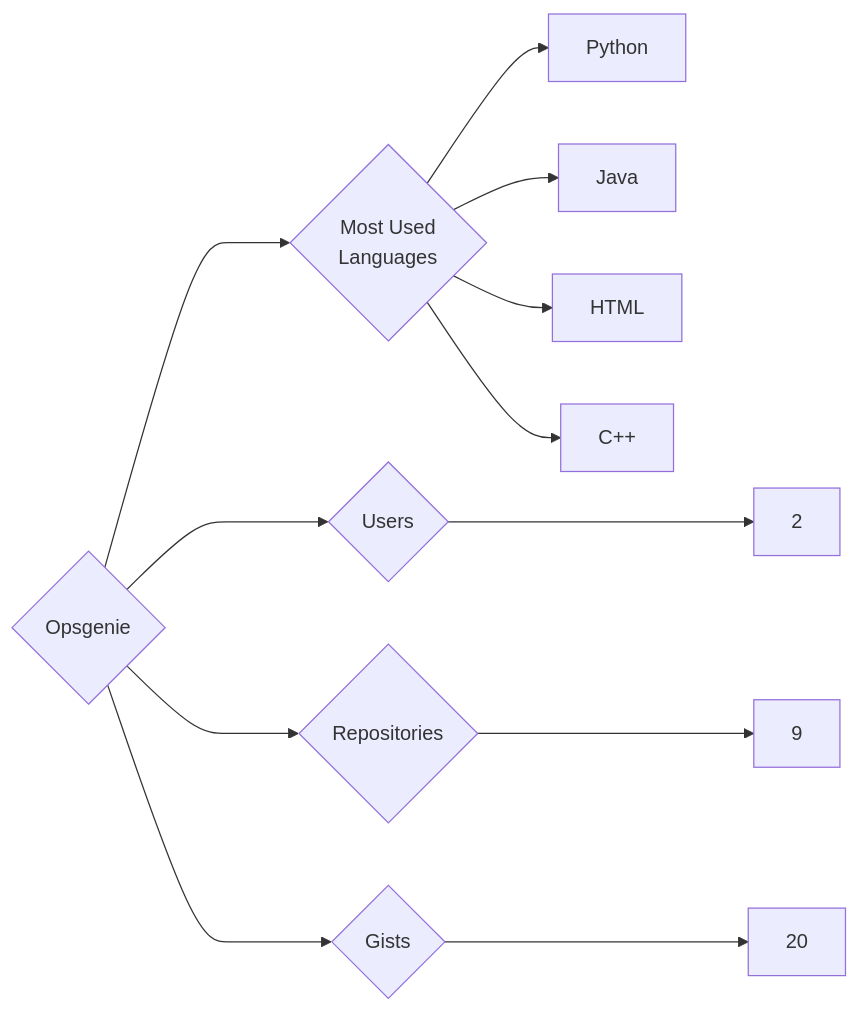
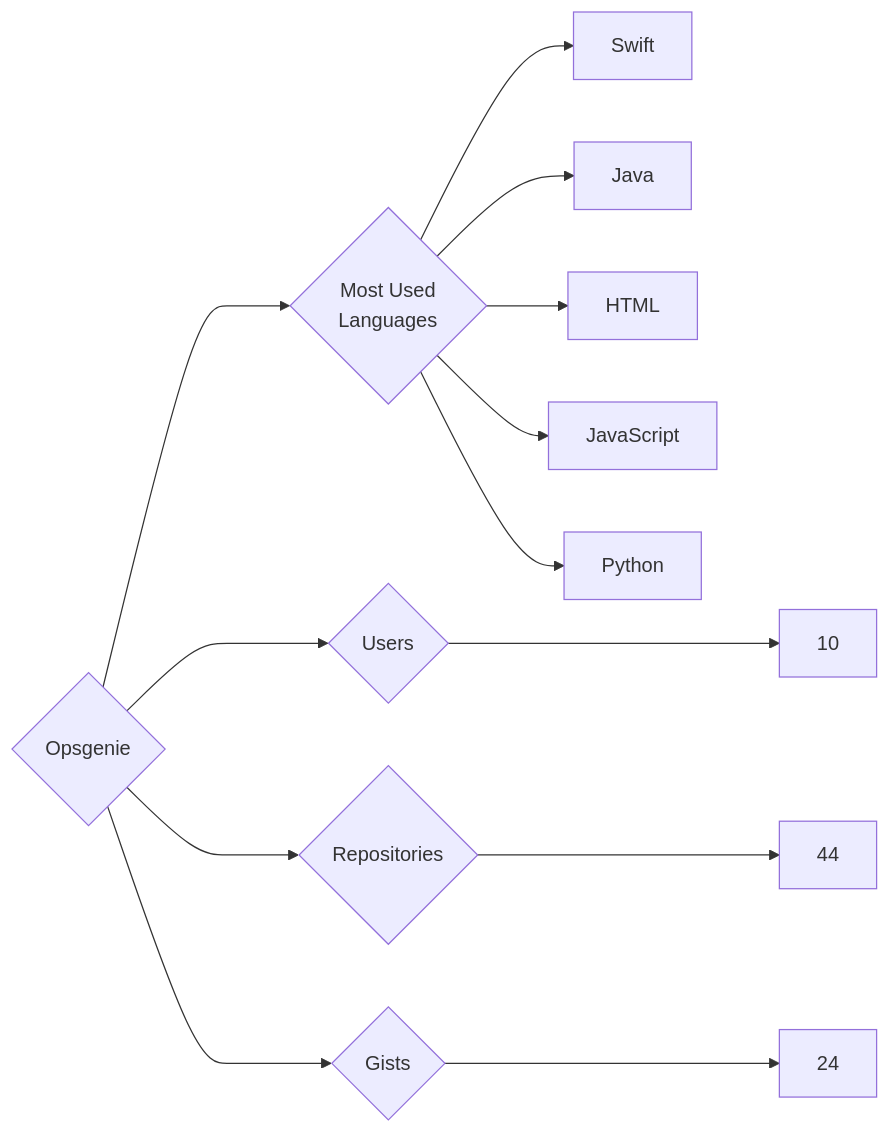
One commit to trickest/insiders changed the diagram in targets/Opsgenie/README.md. Above: the diagram before and after it, drawn with Mermaid. The commit also changed 1696 other files, not shown here.

````diff
--- a/targets/Opsgenie/README.md
+++ b/targets/Opsgenie/README.md
@@ -3,12 +3,13 @@
 ```mermaid
 graph LR
 COMPANY_NAME{Opsgenie}
-COMPANY_NAME ---> U{Users} ---> UN[2]
-COMPANY_NAME ---> R{Repositories} ---> RN[9]
-COMPANY_NAME ---> G{Gists} ---> GN[20]
+COMPANY_NAME ---> U{Users} ---> UN[10]
+COMPANY_NAME ---> R{Repositories} ---> RN[44]
+COMPANY_NAME ---> G{Gists} ---> GN[24]
 COMPANY_NAME ---> ML{Most Used<br>Languages}
-ML --> Python[Python]
+ML --> Swift[Swift]
 ML --> Java[Java]
 ML --> HTML[HTML]
-ML --> C++[C++]
+ML --> JavaScript[JavaScript]
+ML --> Python[Python]
 ```
````
